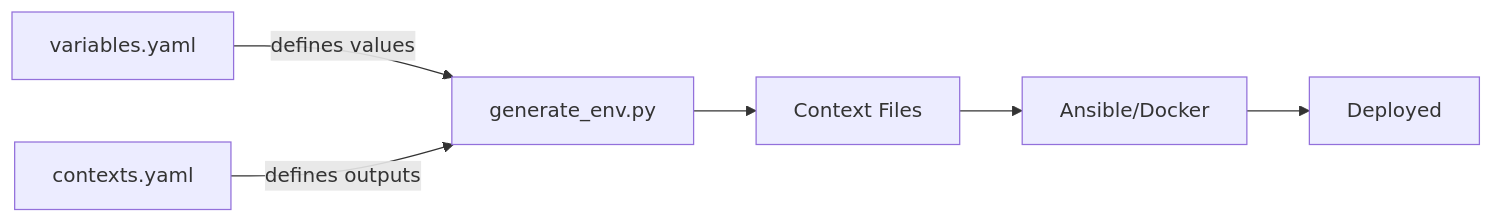
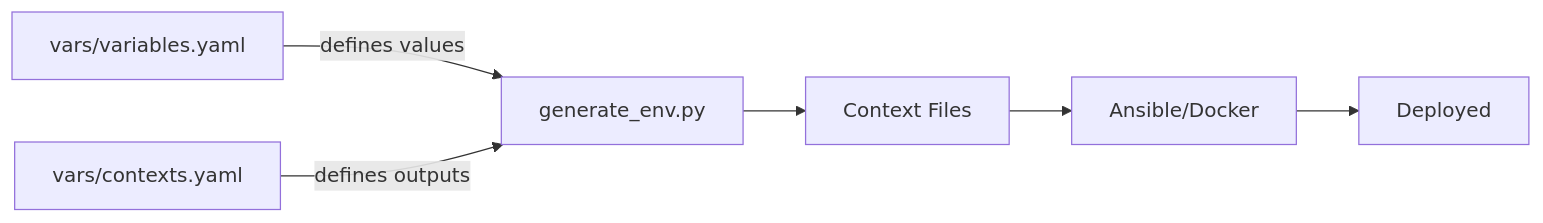
Before and after one commit to gxbrooks/spark-observability: the diagram in docs/Variable_Flow.md, drawn with Mermaid. The commit also changed other lines of this file and 63 other files, not shown here.

````diff
--- a/docs/Variable_Flow.md
+++ b/docs/Variable_Flow.md
@@ -73,8 +73,8 @@
 ```mermaid
 flowchart LR
-    A[variables.yaml] -->|defines values| B[generate_env.py]
-    C[contexts.yaml] -->|defines outputs| B
+    A[vars/variables.yaml] -->|defines values| B[generate_env.py]
+    C[vars/contexts.yaml] -->|defines outputs| B
     B --> D[Context Files]
     D --> E[Ansible/Docker]
     E --> F[Deployed]
 ```
````
